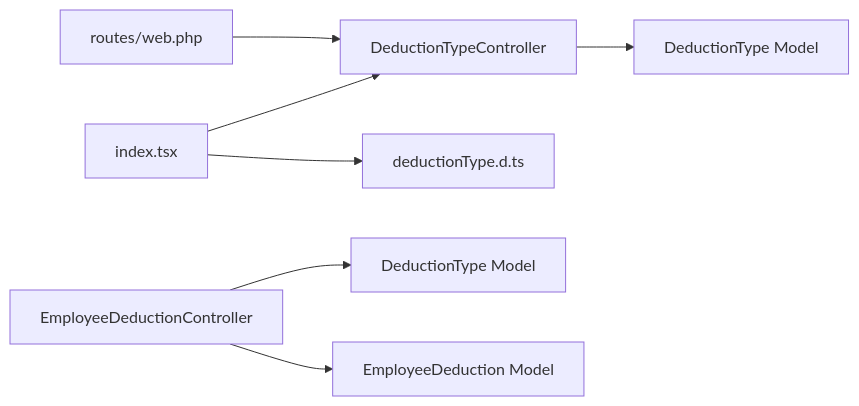
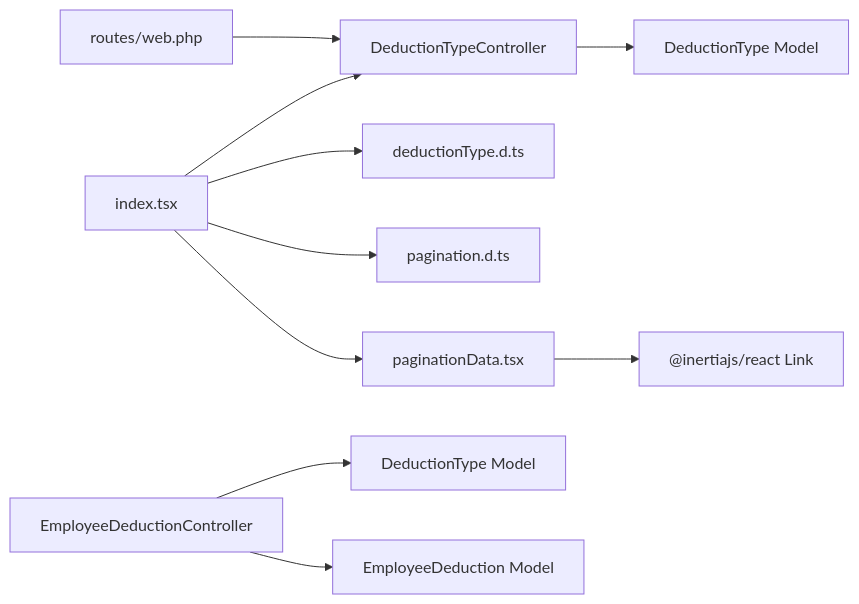
Before and after one commit to vincet0t15/template: the seventh of 7 diagrams in .qoder/repowiki/en/content/Deduction Management/Deduction Types Configuration.md, drawn with Mermaid. The commit also changed other lines of this file and 11 other files, not shown here.

````diff
--- a/.qoder/repowiki/en/content/Deduction Management/Deduction Types Configuration.md
+++ b/.qoder/repowiki/en/content/Deduction Management/Deduction Types Configuration.md
@@ -356,9 +405,12 @@
 ```mermaid
 graph LR
 RT["routes/web.php"] --> CTRL["DeductionTypeController"]
 CTRL --> MODEL["DeductionType Model"]
 FE["index.tsx"] --> CTRL
 FE --> TYPES["deductionType.d.ts"]
+FE --> PAGTYPES["pagination.d.ts"]
+FE --> PAGCOMP["paginationData.tsx"]
 EC["EmployeeDeductionController"] --> DT["DeductionType Model"]
 EC --> ED["EmployeeDeduction Model"]
+PAGCOMP --> INERTIALINK["@inertiajs/react Link"]
 ```
````
